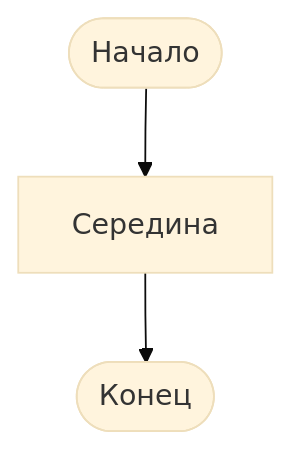
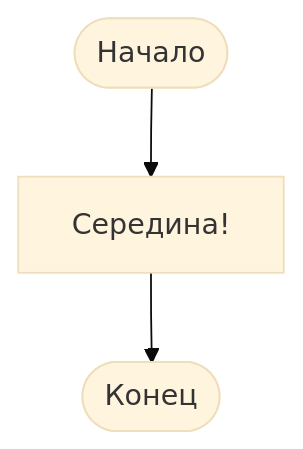
Before and after one commit to Valentin-Arkov/Digital-Tech-AI: the diagram in Diagram.MD, drawn with Mermaid (base theme).

````diff
--- a/Diagram.MD
+++ b/Diagram.MD
@@ -3,4 +3,4 @@
 ```mermaid
 flowchart
-    A([Начало]) --> B[Середина] --> C([Конец])
+    A([Начало]) --> B[Середина!] --> C([Конец])
 ```
````
